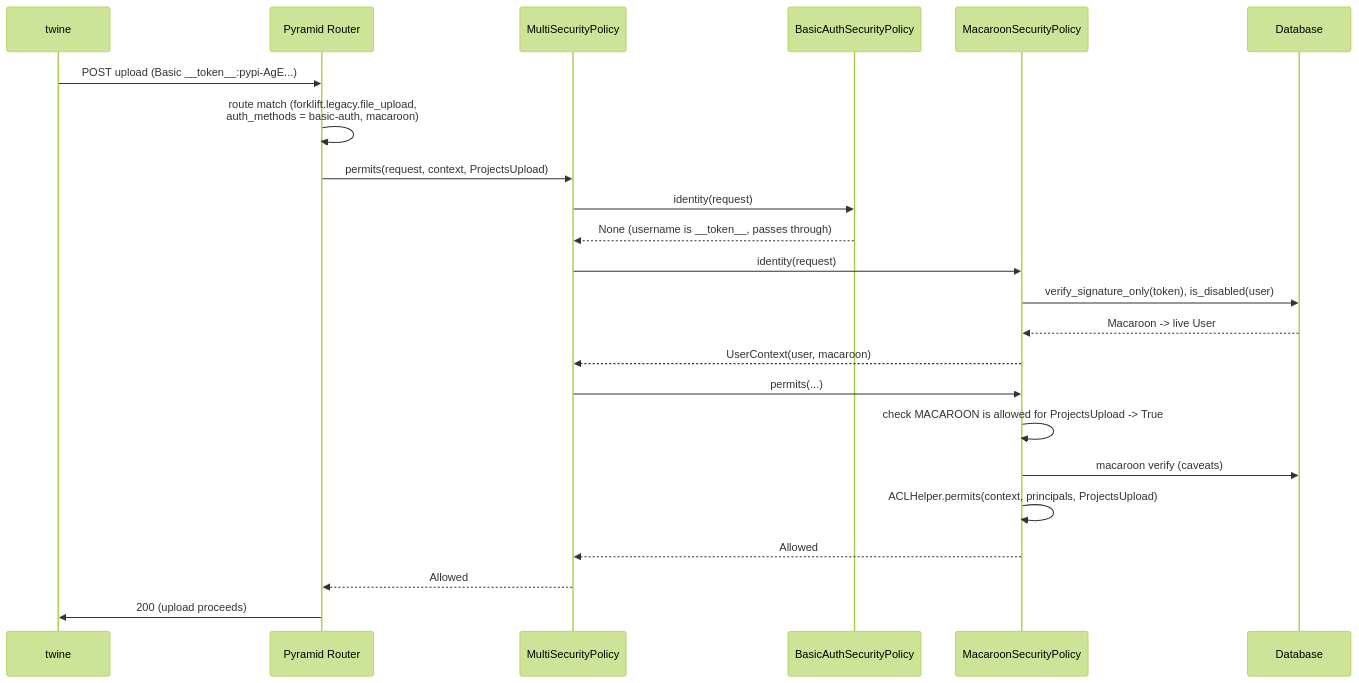
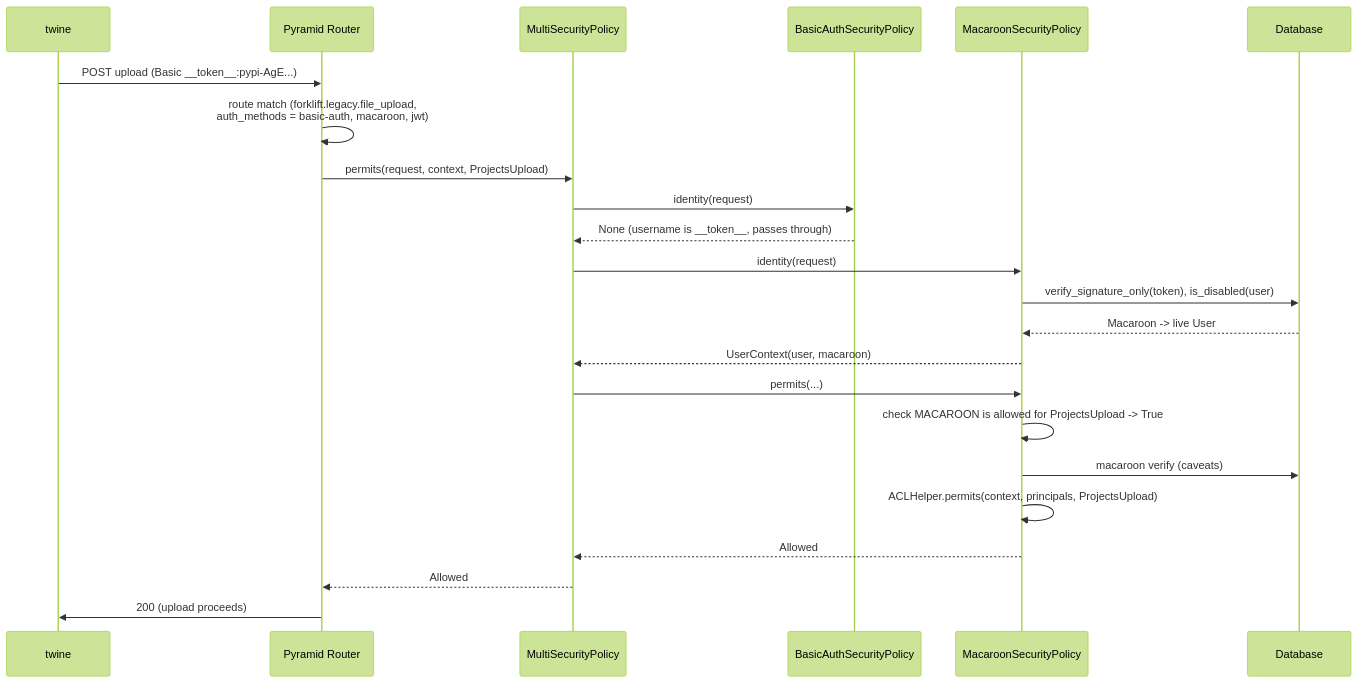
Before and after one commit to ewdurbin/warehouse: the tenth of 10 diagrams in docs/dev/security/security-policy-flow.md, drawn with Mermaid (forest theme). The commit also changed other lines of this file and 2 other files, not shown here.

Commit message:
docs(jwt): document KMS-backed trusted publishing trials

````diff
--- a/docs/dev/security/security-policy-flow.md
+++ b/docs/dev/security/security-policy-flow.md
@@ -451,26 +488,26 @@
 ```mermaid
 sequenceDiagram
     participant T as twine
     participant R as Pyramid Router
     participant M as MultiSecurityPolicy
     participant BA as BasicAuthSecurityPolicy
     participant MP as MacaroonSecurityPolicy
     participant DB as Database
 
     T->>R: POST upload (Basic __token__:pypi-AgE...)
-    R->>R: route match (forklift.legacy.file_upload,<br/>auth_methods = basic-auth, macaroon)
+    R->>R: route match (forklift.legacy.file_upload,<br/>auth_methods = basic-auth, macaroon, jwt)
     R->>M: permits(request, context, ProjectsUpload)
     M->>BA: identity(request)
     BA-->>M: None (username is __token__, passes through)
     M->>MP: identity(request)
     MP->>DB: verify_signature_only(token), is_disabled(user)
     DB-->>MP: Macaroon -> live User
     MP-->>M: UserContext(user, macaroon)
     M->>MP: permits(...)
     MP->>MP: check MACAROON is allowed for ProjectsUpload -> True
     MP->>DB: macaroon verify (caveats)
     MP->>MP: ACLHelper.permits(context, principals, ProjectsUpload)
     MP-->>M: Allowed
     M-->>R: Allowed
     R->>T: 200 (upload proceeds)
 ```
````
